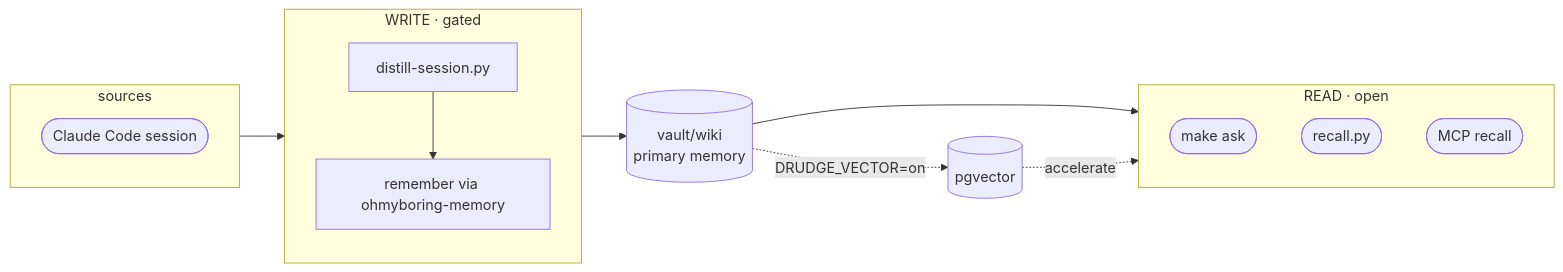
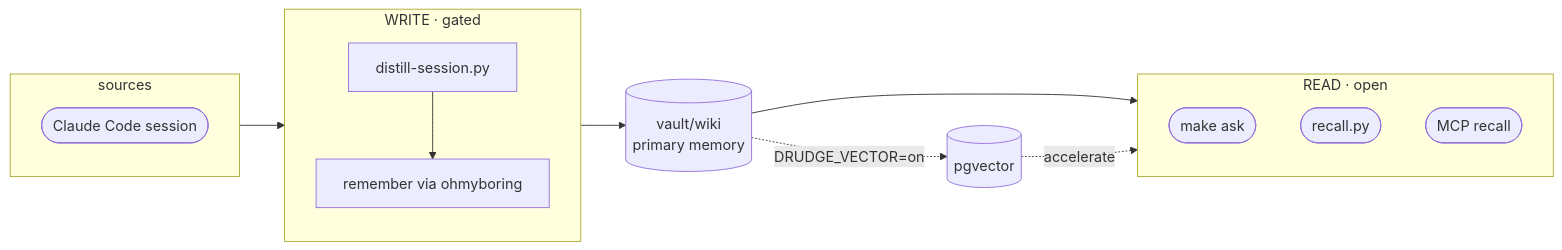
Before and after one commit to jazz1x/ohmyboring: the diagram in README.md, drawn with Mermaid. The commit also changed other lines of this file and 17 other files, not shown here.

First line of the commit message:
refactor(mcp): rename MCP server from ohmyboring-memory to ohmyboring

````diff
--- a/README.md
+++ b/README.md
@@ -51,18 +51,18 @@
 ```mermaid
 flowchart LR
   subgraph SRC [sources]
     CC([Claude Code session])
   end
   subgraph WRITE [WRITE · gated]
-    D["distill-session.py"] --> REM["remember via ohmyboring-memory"]
+    D["distill-session.py"] --> REM["remember via ohmyboring"]
   end
   WIKI[("vault/wiki<br/>primary memory")]
   subgraph RD [READ · open]
     ASK([make ask])
     REC([recall.py])
     MCP([MCP recall])
   end
   SRC --> WRITE --> WIKI --> RD
   WIKI -. "DRUDGE_VECTOR=on" .-> PG[("pgvector")]
   PG -. accelerate .-> RD
 ```
````
